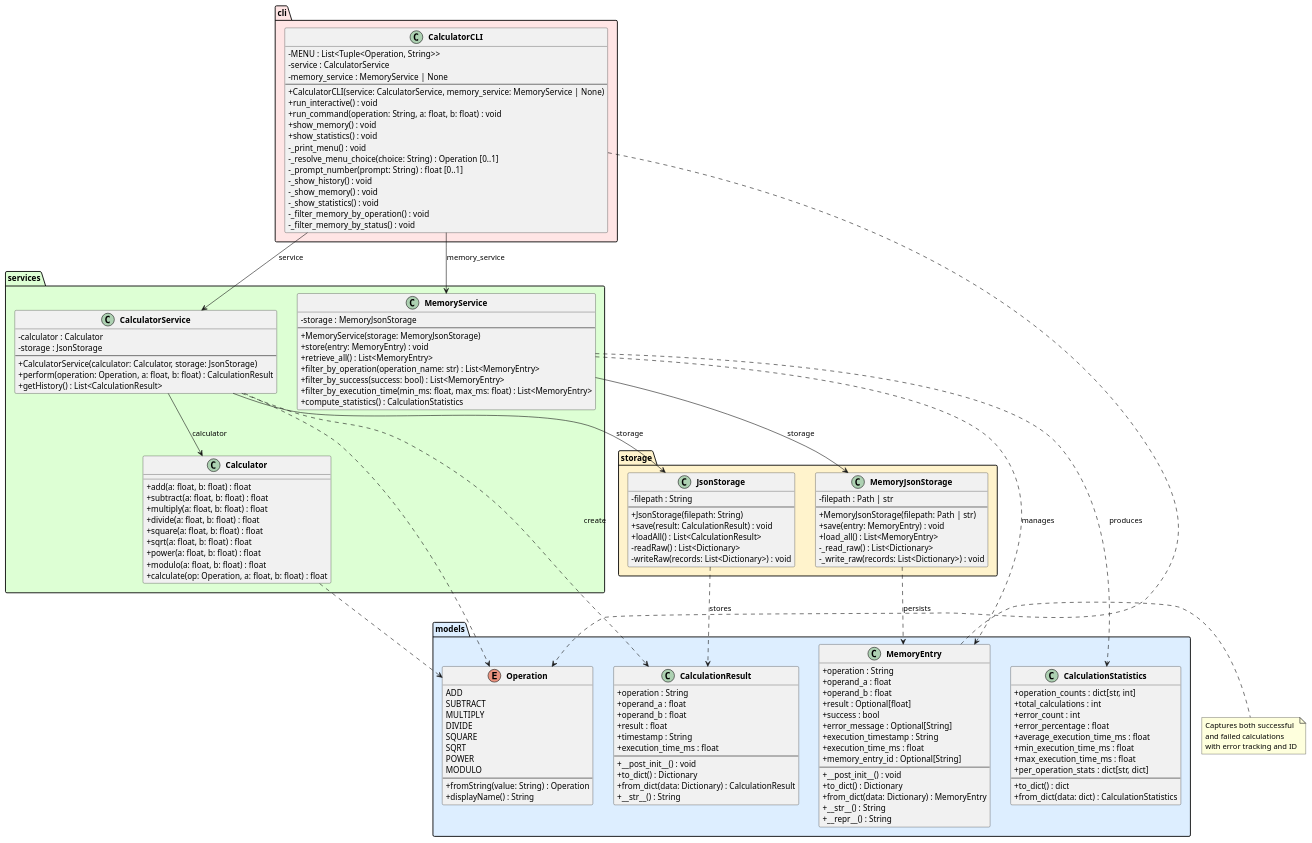
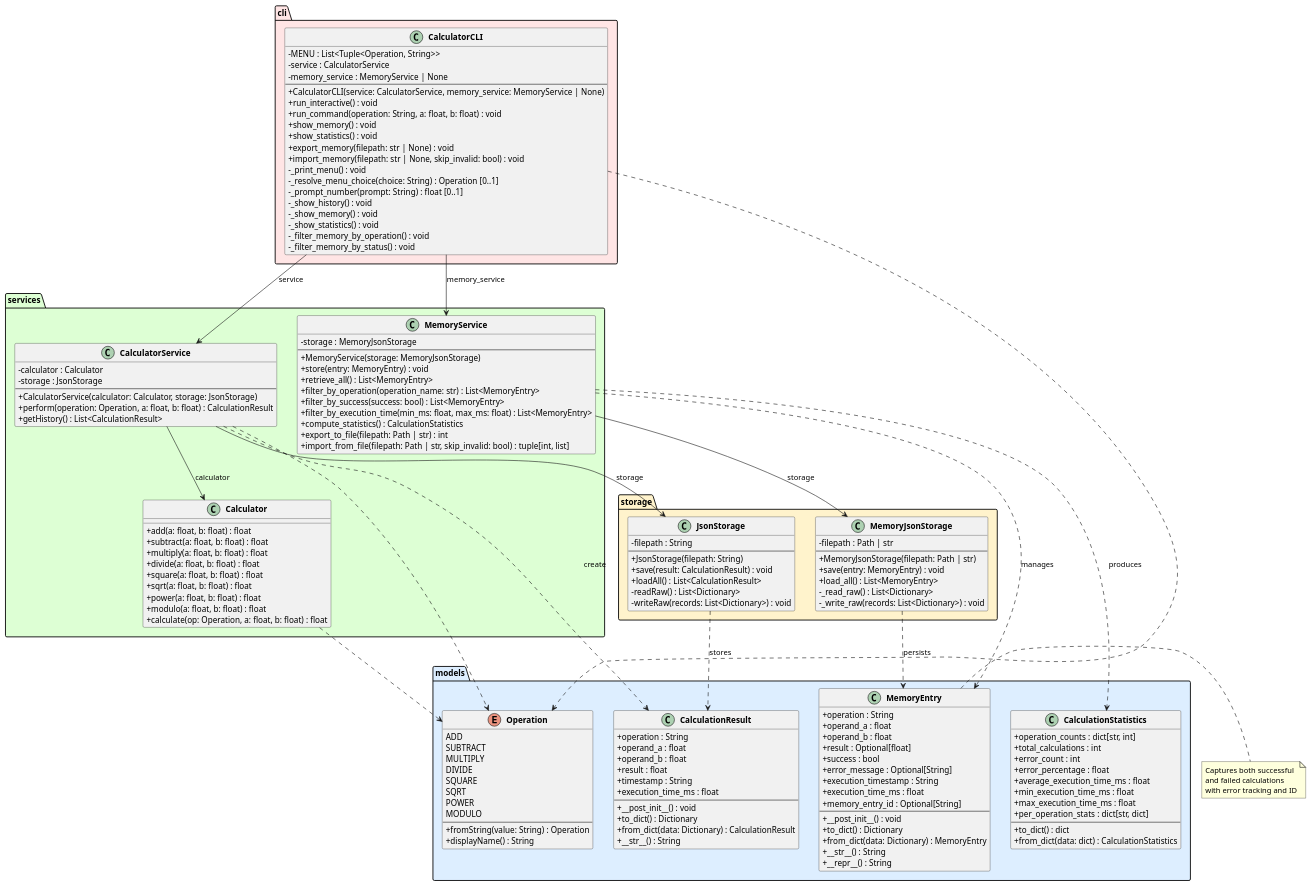
One commit to DanielRiha8906/Software_autoevolution_using_agents changed the diagram in experiments/pipeline/structured_text/calculator/artifacts/class_diagram.puml. Above: the diagram before and after it, drawn with PlantUML. The commit also changed 13 other files, not shown here.

```diff
--- a/experiments/pipeline/structured_text/calculator/artifacts/class_diagram.puml
+++ b/experiments/pipeline/structured_text/calculator/artifacts/class_diagram.puml
@@ -1,168 +1,172 @@
 @startuml class_diagram
 
 skinparam classAttributeIconSize 0
 skinparam classFontStyle bold
 
 package "models" #DDEEFF {
     enum Operation {
         ADD
         SUBTRACT
         MULTIPLY
         DIVIDE
         SQUARE
         SQRT
         POWER
         MODULO
         --
         +fromString(value: String) : Operation
         +displayName() : String
     }
 
     class CalculationResult {
         +operation : String
         +operand_a : float
         +operand_b : float
         +result : float
         +timestamp : String
         +execution_time_ms : float
         --
         +__post_init__() : void
         +to_dict() : Dictionary
         +from_dict(data: Dictionary) : CalculationResult
         +__str__() : String
     }
 
     class MemoryEntry {
         +operation : String
         +operand_a : float
         +operand_b : float
         +result : Optional[float]
         +success : bool
         +error_message : Optional[String]
         +execution_timestamp : String
         +execution_time_ms : float
         +memory_entry_id : Optional[String]
         --
         +__post_init__() : void
         +to_dict() : Dictionary
         +from_dict(data: Dictionary) : MemoryEntry
         +__str__() : String
         +__repr__() : String
     }
 
     class CalculationStatistics {
         +operation_counts : dict[str, int]
         +total_calculations : int
         +error_count : int
         +error_percentage : float
         +average_execution_time_ms : float
         +min_execution_time_ms : float
         +max_execution_time_ms : float
         +per_operation_stats : dict[str, dict]
         --
         +to_dict() : dict
         +from_dict(data: dict) : CalculationStatistics
     }
 }
 
 package "services" #DDFFD4 {
     class Calculator {
         +add(a: float, b: float) : float
         +subtract(a: float, b: float) : float
         +multiply(a: float, b: float) : float
         +divide(a: float, b: float) : float
         +square(a: float, b: float) : float
         +sqrt(a: float, b: float) : float
         +power(a: float, b: float) : float
         +modulo(a: float, b: float) : float
         +calculate(op: Operation, a: float, b: float) : float
     }
 
     class CalculatorService {
         -calculator : Calculator
         -storage : JsonStorage
         --
         +CalculatorService(calculator: Calculator, storage: JsonStorage)
         +perform(operation: Operation, a: float, b: float) : CalculationResult
         +getHistory() : List<CalculationResult>
     }
 
     class MemoryService {
         -storage : MemoryJsonStorage
         --
         +MemoryService(storage: MemoryJsonStorage)
         +store(entry: MemoryEntry) : void
         +retrieve_all() : List<MemoryEntry>
         +filter_by_operation(operation_name: str) : List<MemoryEntry>
         +filter_by_success(success: bool) : List<MemoryEntry>
         +filter_by_execution_time(min_ms: float, max_ms: float) : List<MemoryEntry>
         +compute_statistics() : CalculationStatistics
+        +export_to_file(filepath: Path | str) : int
+        +import_from_file(filepath: Path | str, skip_invalid: bool) : tuple[int, list]
     }
 }
 
 package "storage" #FFF3CC {
     class JsonStorage {
         -filepath : String
         --
         +JsonStorage(filepath: String)
         +save(result: CalculationResult) : void
         +loadAll() : List<CalculationResult>
         -readRaw() : List<Dictionary>
         -writeRaw(records: List<Dictionary>) : void
     }
 
     class MemoryJsonStorage {
         -filepath : Path | str
         --
         +MemoryJsonStorage(filepath: Path | str)
         +save(entry: MemoryEntry) : void
         +load_all() : List<MemoryEntry>
         -_read_raw() : List<Dictionary>
         -_write_raw(records: List<Dictionary>) : void
     }
 }
 
 package "cli" #FFE5E5 {
     class CalculatorCLI {
         -MENU : List<Tuple<Operation, String>>
         -service : CalculatorService
         -memory_service : MemoryService | None
         --
         +CalculatorCLI(service: CalculatorService, memory_service: MemoryService | None)
         +run_interactive() : void
         +run_command(operation: String, a: float, b: float) : void
         +show_memory() : void
         +show_statistics() : void
+        +export_memory(filepath: str | None) : void
+        +import_memory(filepath: str | None, skip_invalid: bool) : void
         -_print_menu() : void
         -_resolve_menu_choice(choice: String) : Operation [0..1]
         -_prompt_number(prompt: String) : float [0..1]
         -_show_history() : void
         -_show_memory() : void
         -_show_statistics() : void
         -_filter_memory_by_operation() : void
         -_filter_memory_by_status() : void
     }
 }
 
 CalculatorCLI --> CalculatorService : service
 CalculatorCLI --> MemoryService : memory_service
 CalculatorService --> Calculator : calculator
 CalculatorService --> JsonStorage : storage
 MemoryService --> MemoryJsonStorage : storage
 
 CalculatorService ..> CalculationResult : create
 CalculatorService ..> Operation
 CalculatorCLI ..> Operation
 Calculator ..> Operation
 JsonStorage ..> CalculationResult : stores
 MemoryService ..> MemoryEntry : manages
 MemoryService ..> CalculationStatistics : produces
 MemoryJsonStorage ..> MemoryEntry : persists
 
 note right of MemoryEntry
   Captures both successful
   and failed calculations
   with error tracking and ID
 end note
 
 @enduml
```
